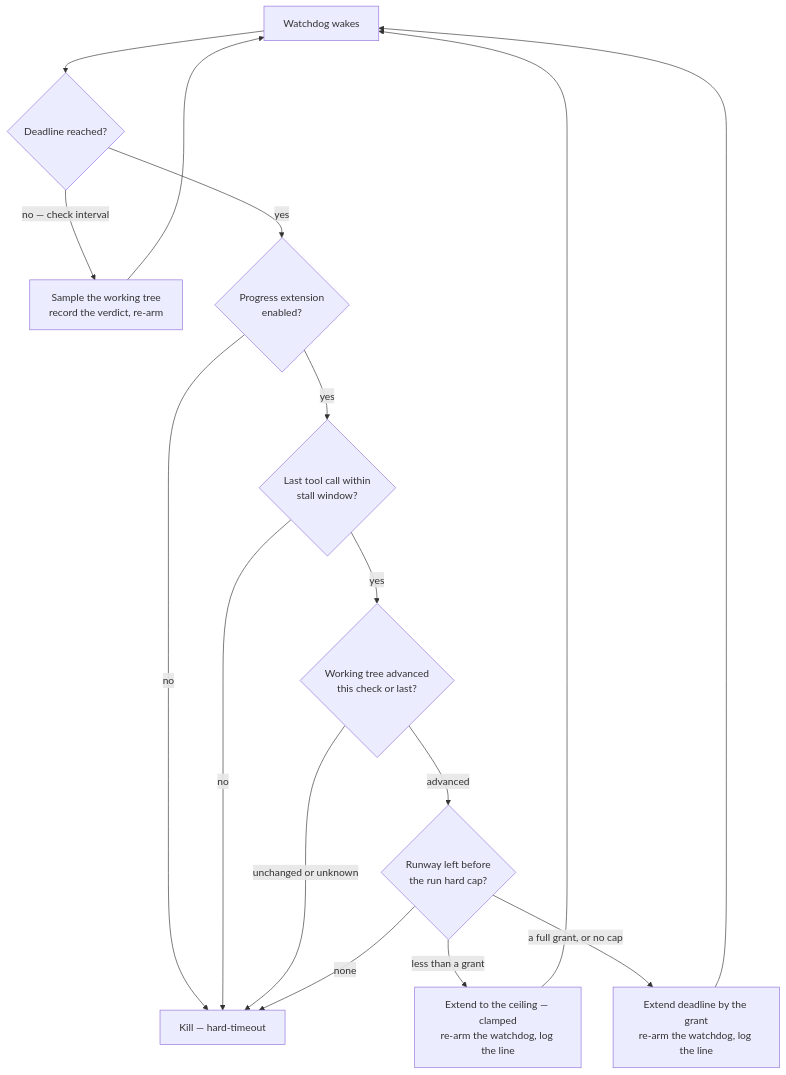
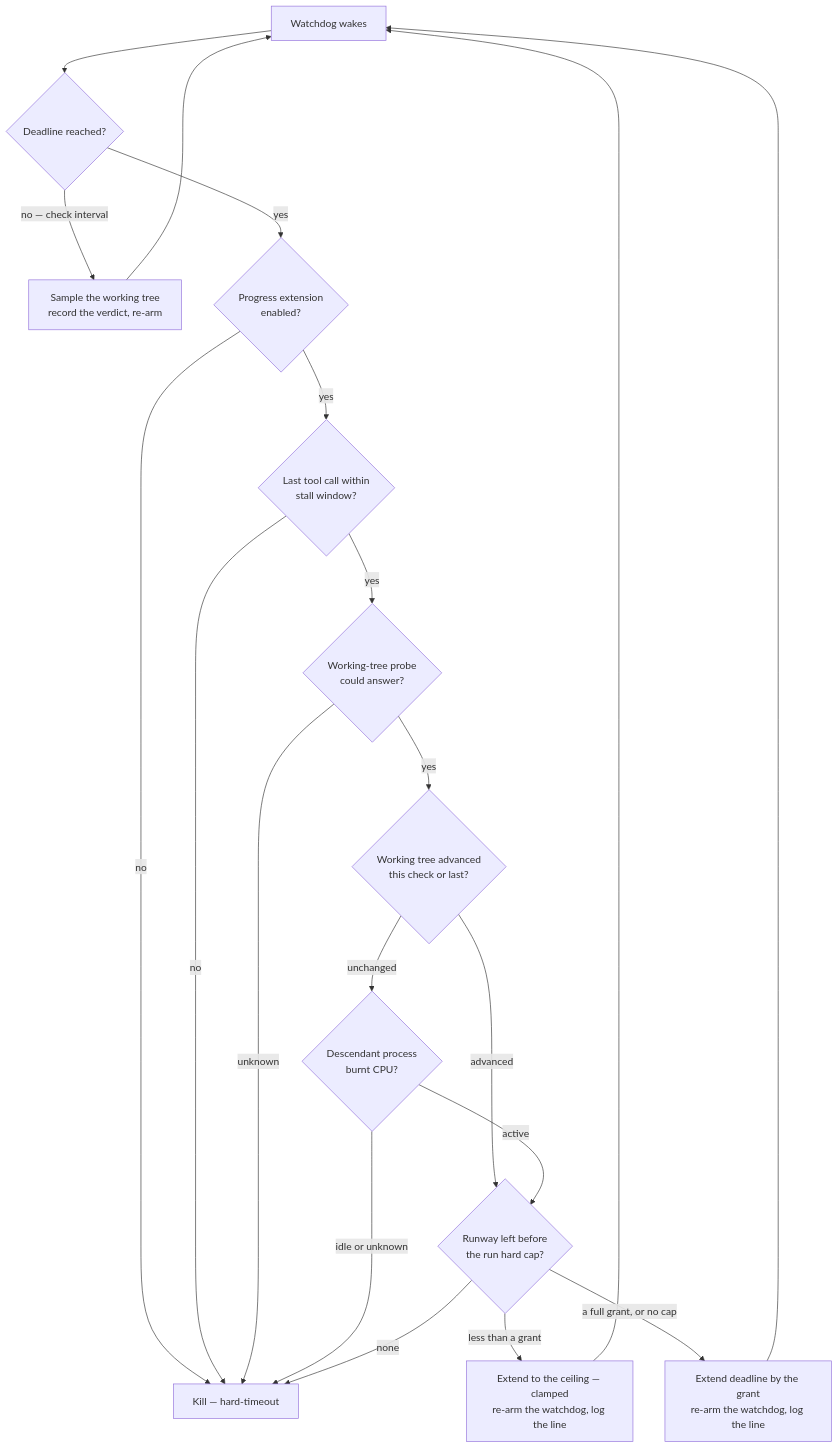
One commit to stSoftwareAU/VibeCoder changed the third of 10 diagrams in docs/CONFIGURATION.md. Above: the diagram before and after it, drawn with Mermaid. The commit also changed other lines of this file and 16 other files, not shown here.

````diff
--- a/docs/CONFIGURATION.md
+++ b/docs/CONFIGURATION.md
@@ -1119,18 +1148,22 @@
 ```mermaid
 flowchart TD
     W[Watchdog wakes] --> I{Deadline reached?}
     I -->|no — check interval| S[Sample the working tree<br/>record the verdict, re-arm]
     S --> W
     I -->|yes| B{Progress extension<br/>enabled?}
     B -->|no| K[Kill — hard-timeout]
     B -->|yes| C{Last tool call within<br/>stall window?}
     C -->|no| K
-    C -->|yes| D{Working tree advanced<br/>this check or last?}
-    D -->|unchanged or unknown| K
+    C -->|yes| U{Working-tree probe<br/>could answer?}
+    U -->|unknown| K
+    U -->|yes| D{Working tree advanced<br/>this check or last?}
     D -->|advanced| F{Runway left before<br/>the run hard cap?}
+    D -->|unchanged| X{Descendant process<br/>burnt CPU?}
+    X -->|idle or unknown| K
+    X -->|active| F
     F -->|none| K
     F -->|less than a grant| G[Extend to the ceiling — clamped<br/>re-arm the watchdog, log the line]
     F -->|a full grant, or no cap| E[Extend deadline by the grant<br/>re-arm the watchdog, log the line]
     E --> W
     G --> W
 ```
````
